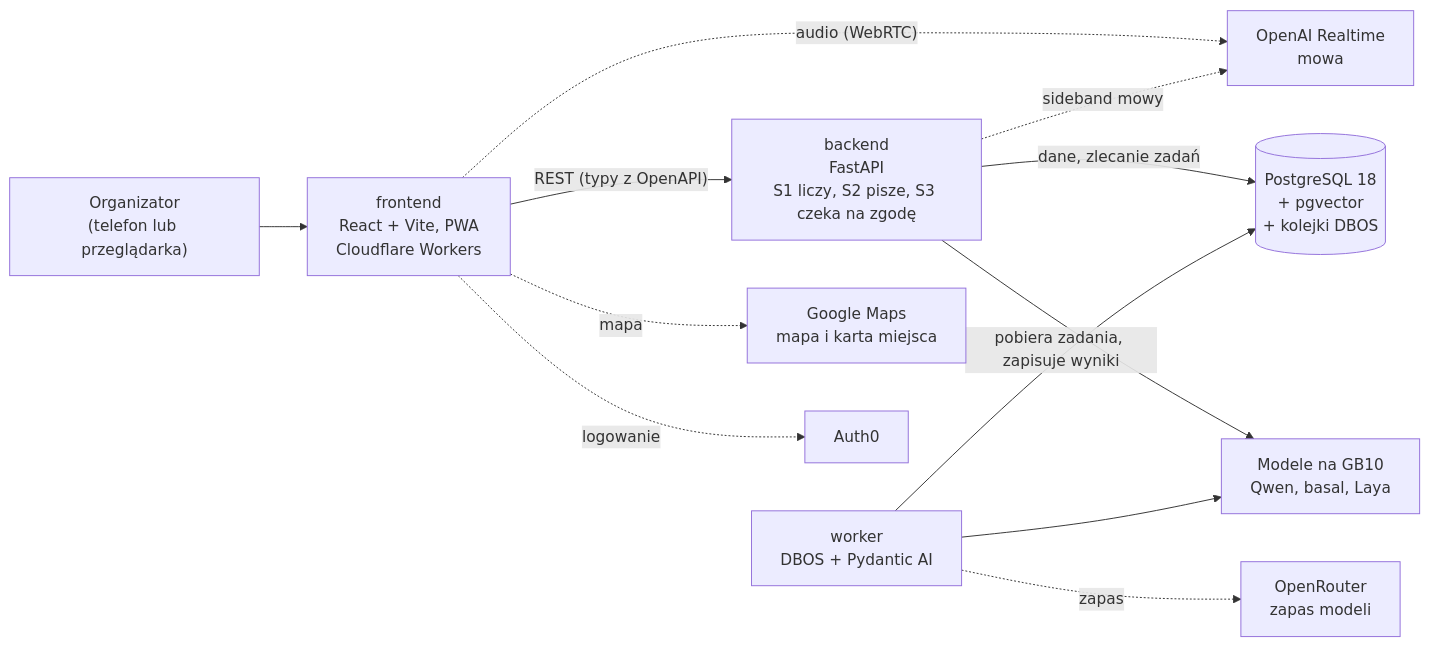
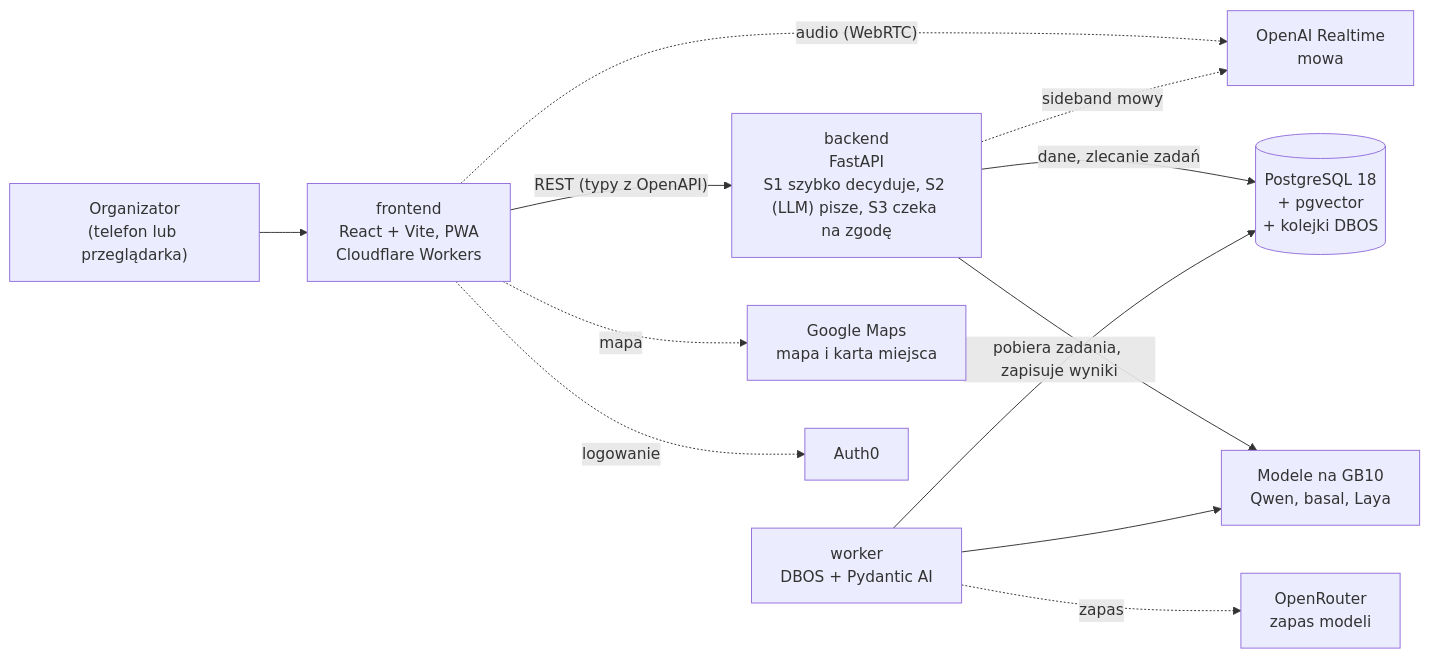
One commit to HackYeah-TuttiTripTeam/tuttitrip changed the diagram in README.md. Above: the diagram before and after it, drawn with Mermaid. The commit also changed 6 other files, not shown here.

````diff
--- a/README.md
+++ b/README.md
@@ -49,25 +49,25 @@
 ```mermaid
 flowchart LR
     user["Organizator<br/>(telefon lub przeglądarka)"]
     fe["frontend<br/>React + Vite, PWA<br/>Cloudflare Workers"]
-    be["backend<br/>FastAPI<br/>S1 liczy, S2 pisze, S3 czeka na zgodę"]
+    be["backend<br/>FastAPI<br/>S1 szybko decyduje, S2 (LLM) pisze, S3 czeka na zgodę"]
     db[("PostgreSQL 18<br/>+ pgvector<br/>+ kolejki DBOS")]
     wk["worker<br/>DBOS + Pydantic AI"]
     gb["Modele na GB10<br/>Qwen, basal, Laya"]
     openr["OpenRouter<br/>zapas modeli"]
     rt["OpenAI Realtime<br/>mowa"]
     gm["Google Maps<br/>mapa i karta miejsca"]
     auth["Auth0"]
 
     user --> fe
     fe -- "REST (typy z OpenAPI)" --> be
     fe -. logowanie .-> auth
     fe -. "audio (WebRTC)" .-> rt
     fe -. mapa .-> gm
     be -. "sideband mowy" .-> rt
     be -- "dane, zlecanie zadań" --> db
     be --> gb
     wk -- "pobiera zadania, zapisuje wyniki" --> db
     wk --> gb
     wk -. zapas .-> openr
 ```
````
